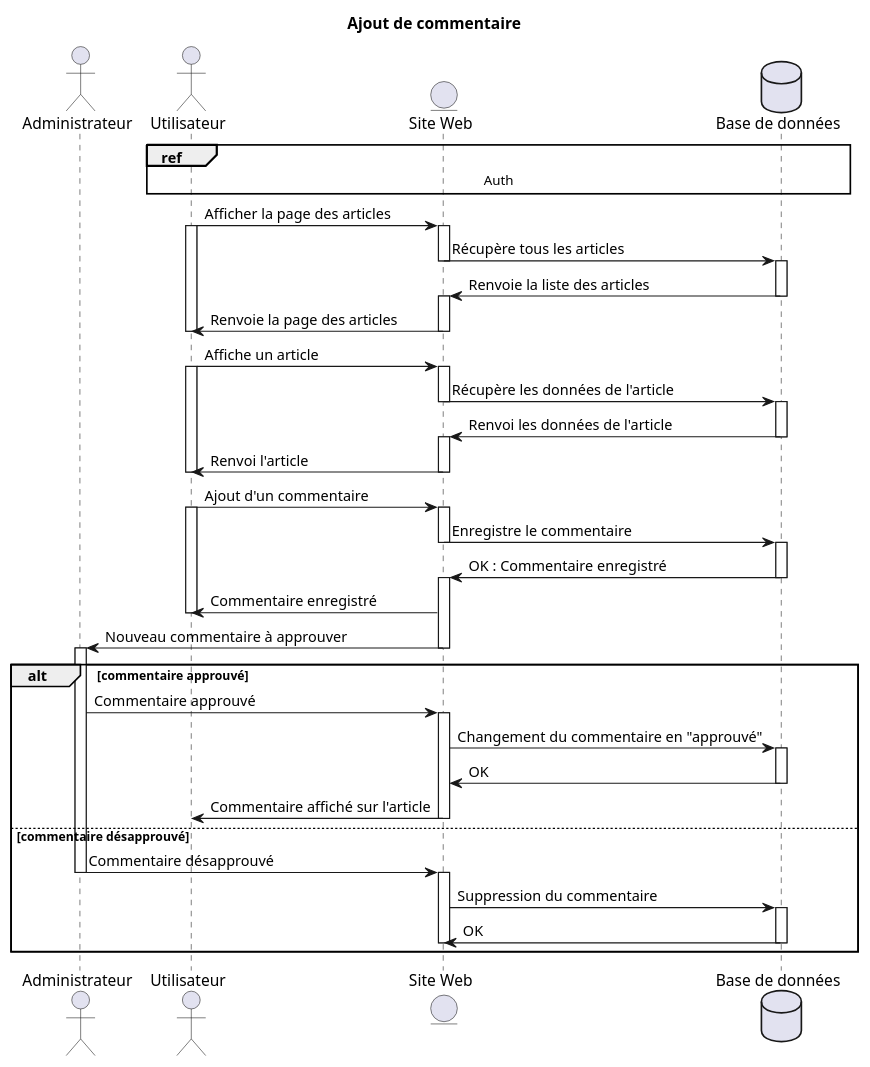
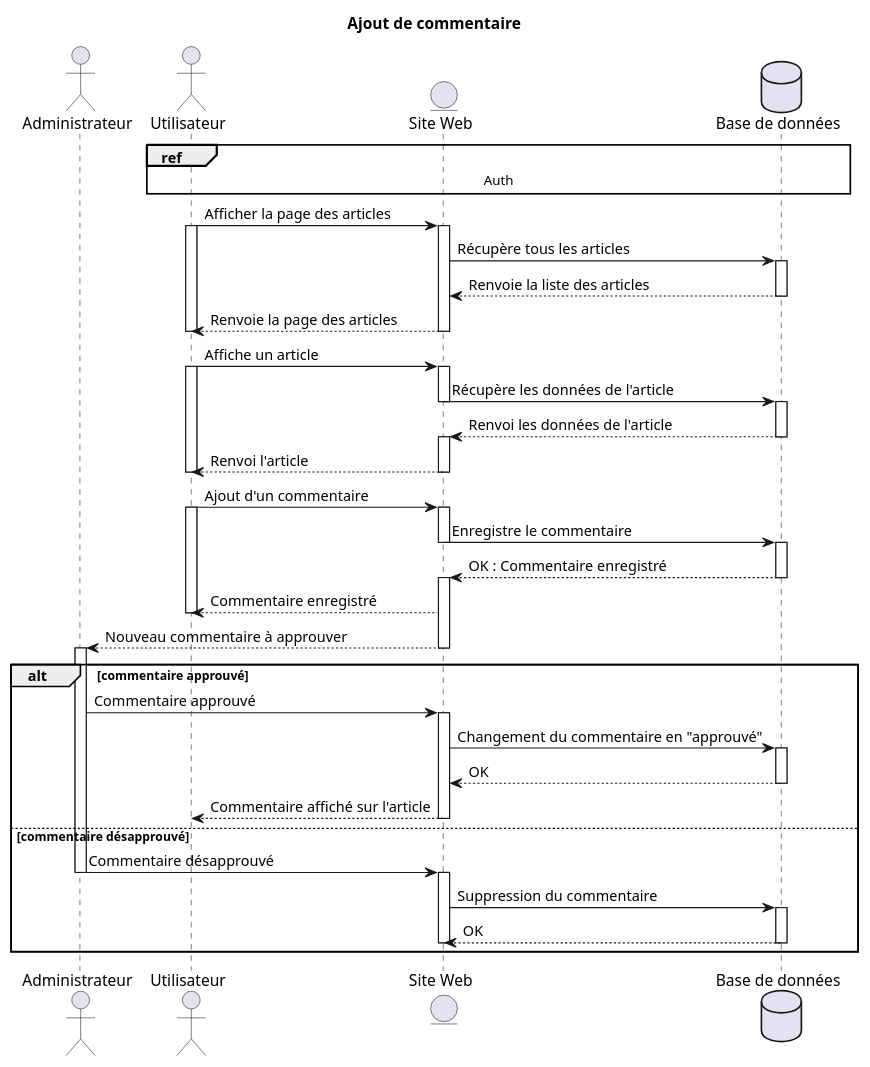
Before and after one commit to leomoille/leomoilledotcom: the diagram in uml_diagrams/sequence_diagrams/add_comment.puml, drawn with PlantUML. The commit also changed 4 other files, not shown here.

Commit message:
Update UML diagrams

```diff
--- a/uml_diagrams/sequence_diagrams/add_comment.puml
+++ b/uml_diagrams/sequence_diagrams/add_comment.puml
@@ -1,72 +1,70 @@
 @startuml
 'https://plantuml.com/sequence-diagram
 
 title Ajout de commentaire
 
 actor Administrateur as a
 actor Utilisateur as u
 entity "Site Web" as www
 database "Base de données" as db
 
 ref over u, www, db : Auth
 
 u -> www: Afficher la page des articles
     activate u
     activate www
 www -> db: Récupère tous les articles
-    deactivate www
     activate db
-www <- db: Renvoie la liste des articles
+www <-- db: Renvoie la liste des articles
     deactivate db
-    activate www
-u <- www: Renvoie la page des articles
+u <-- www: Renvoie la page des articles
     deactivate u
     deactivate www
 u -> www: Affiche un article
     activate u
     activate www
 www -> db: Récupère les données de l'article
     deactivate www
     activate db
-www <- db: Renvoi les données de l'article
+www <-- db: Renvoi les données de l'article
     deactivate db
     activate www
-u <- www: Renvoi l'article
+u <-- www: Renvoi l'article
     deactivate www
     deactivate u
 u -> www: Ajout d'un commentaire
     activate u
     activate www
 www -> db: Enregistre le commentaire
     deactivate www
     activate db
-www <- db: OK : Commentaire enregistré
+www <-- db: OK : Commentaire enregistré
     deactivate db
     activate www
-u <- www: Commentaire enregistré
+u <-- www: Commentaire enregistré
     deactivate u
-a <- www: Nouveau commentaire à approuver
+a <-- www: Nouveau commentaire à approuver
     deactivate www
     activate a
 '' VALIDATION DU COMMENTAIRE ''
 alt commentaire approuvé
     a -> www: Commentaire approuvé
         activate www
     www -> db: Changement du commentaire en "approuvé"
         activate db
-    www <- db: OK
+    www <-- db: OK
         deactivate db
-    u <- www: Commentaire affiché sur l'article
+    u <-- www: Commentaire affiché sur l'article
         deactivate www
 else commentaire désapprouvé
     a -> www: Commentaire désapprouvé
         deactivate a
         activate www
     www -> db: Suppression du commentaire
         activate db
-    www <- db: OK
+    www <-- db: OK
         deactivate www
         deactivate db
 end
 
 @enduml
```
